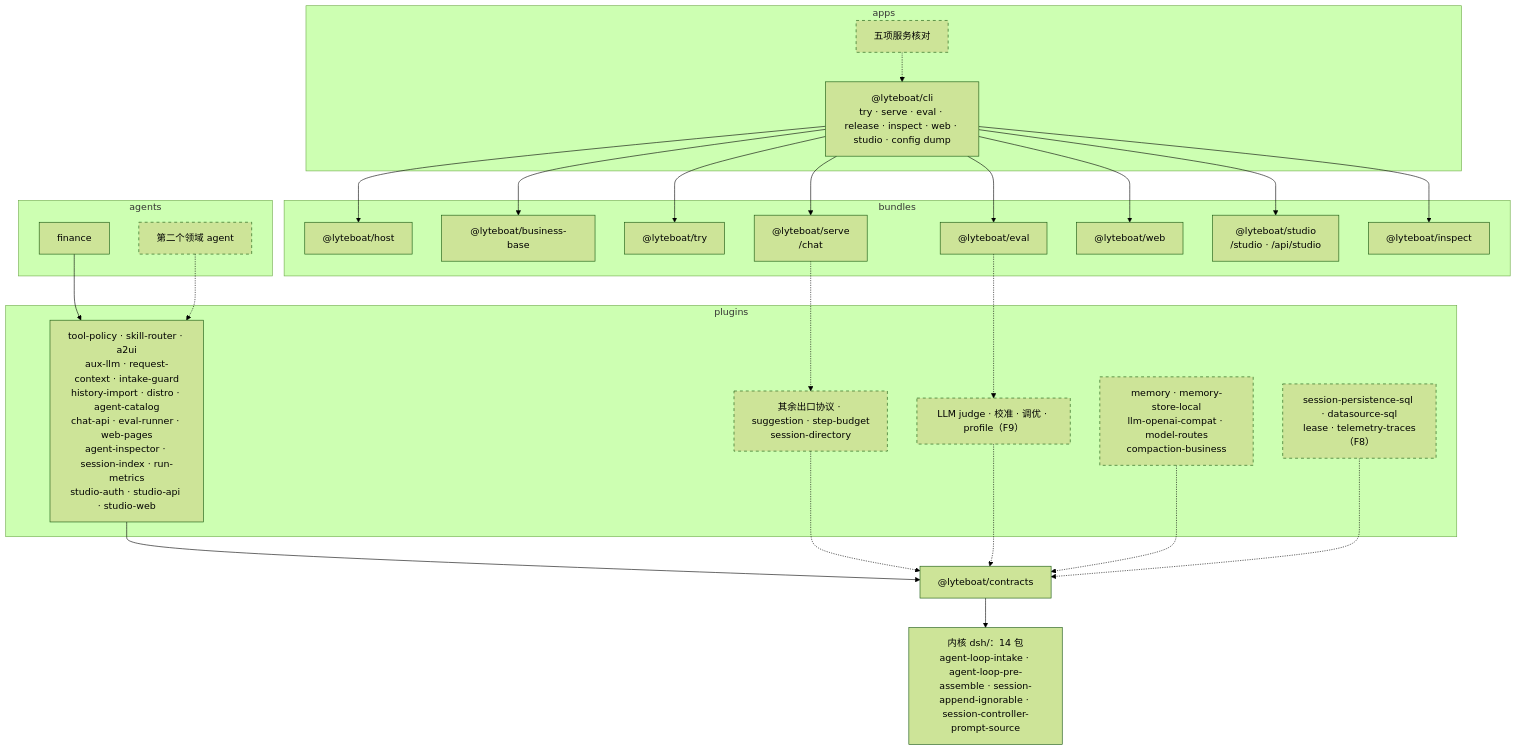
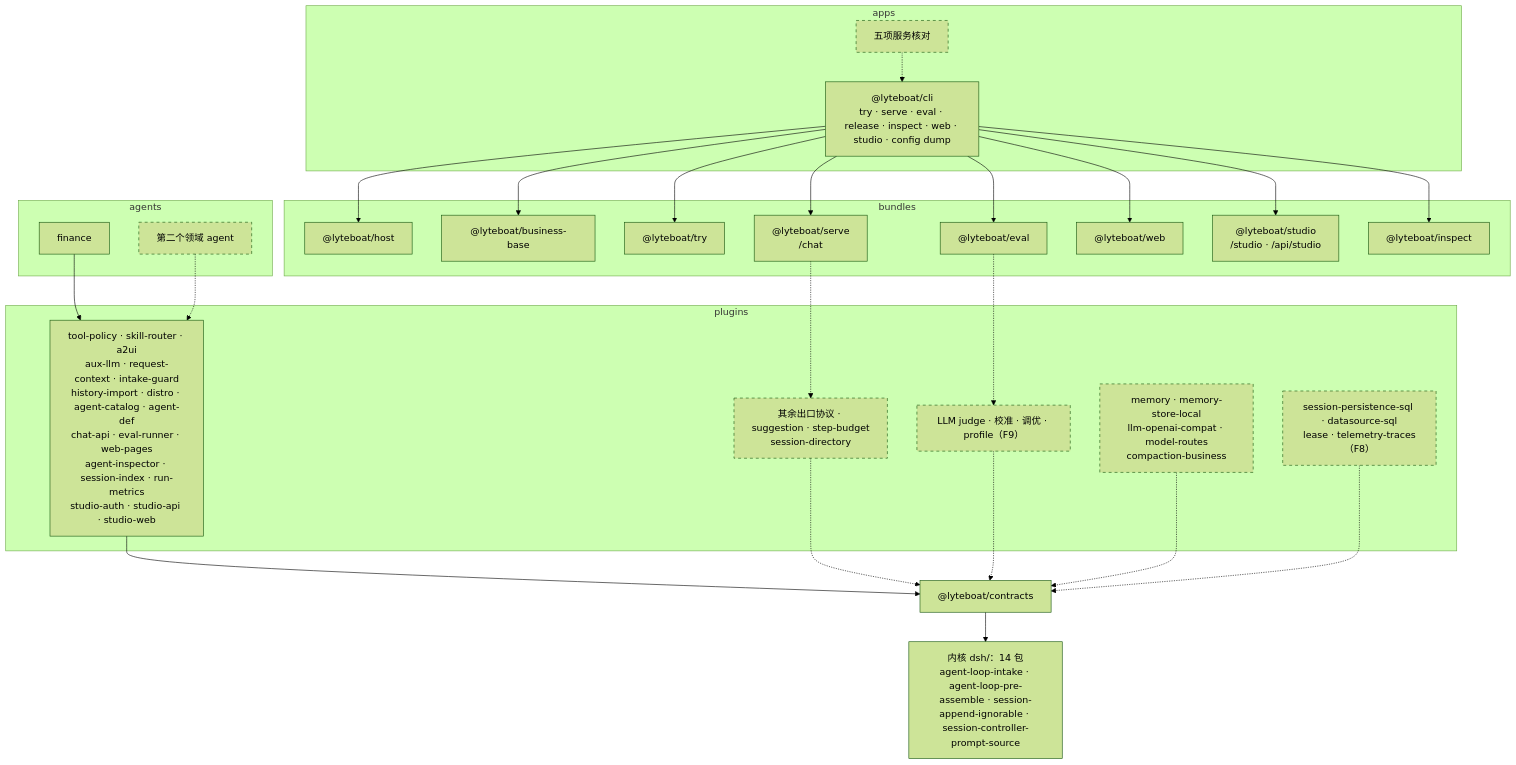
One commit to lyteboat/lyteboat changed the second of 3 diagrams in docs/04-reference-alignment.md. Above: the diagram before and after it, drawn with Mermaid (forest theme). The commit also changed other lines of this file and 3 other files, not shown here.

````diff
--- a/docs/04-reference-alignment.md
+++ b/docs/04-reference-alignment.md
@@ -718,51 +719,51 @@
 ```mermaid
 flowchart TB
   subgraph APPS["apps"]
     CLI["@lyteboat/cli<br/>try · serve · eval · release · inspect · web · studio · config dump"]
     CLIN["五项服务核对"]
   end
   subgraph BUNDLES["bundles"]
     HOST["@lyteboat/host"]
     BASE["@lyteboat/business-base"]
     RUN["@lyteboat/try"]
     SERVE["@lyteboat/serve<br/>/chat"]
     EVAL["@lyteboat/eval"]
     WEB["@lyteboat/web"]
     STUDIO["@lyteboat/studio<br/>/studio · /api/studio"]
     INSPECT["@lyteboat/inspect"]
   end
   subgraph AGENTS["agents"]
     FIN["finance"]
     AG2["第二个领域 agent"]
   end
   subgraph PLUGINS["plugins"]
-    HAVE["tool-policy · skill-router · a2ui<br/>aux-llm · request-context · intake-guard<br/>history-import · distro · agent-catalog<br/>chat-api · eval-runner · web-pages<br/>agent-inspector · session-index · run-metrics<br/>studio-auth · studio-api · studio-web"]
+    HAVE["tool-policy · skill-router · a2ui<br/>aux-llm · request-context · intake-guard<br/>history-import · distro · agent-catalog · agent-def<br/>chat-api · eval-runner · web-pages<br/>agent-inspector · session-index · run-metrics<br/>studio-auth · studio-api · studio-web"]
     WIRE["其余出口协议 · suggestion · step-budget<br/>session-directory"]
     JUDGE["LLM judge · 校准 · 调优 · profile（F9）"]
     MEM["memory · memory-store-local<br/>llm-openai-compat · model-routes<br/>compaction-business"]
     MULTI["session-persistence-sql · datasource-sql<br/>lease · telemetry-traces（F8）"]
   end
   CT["@lyteboat/contracts"]
   K["内核 dsh/：14 包<br/>agent-loop-intake · agent-loop-pre-assemble · session-append-ignorable · session-controller-prompt-source"]
   CLI --> HOST
   CLI --> BASE
   CLI --> RUN
   CLI --> SERVE
   CLI --> EVAL
   CLI --> WEB
   CLI --> STUDIO
   CLI --> INSPECT
   CLIN -.-> CLI
   SERVE -.-> WIRE
   EVAL -.-> JUDGE
   FIN --> HAVE
   AG2 -.-> HAVE
   HAVE --> CT
   WIRE -.-> CT
   JUDGE -.-> CT
   MEM -.-> CT
   MULTI -.-> CT
   CT --> K
   classDef planned stroke-dasharray: 5 5
   class CLIN,AG2,WIRE,JUDGE,MEM,MULTI planned
 ```
````
